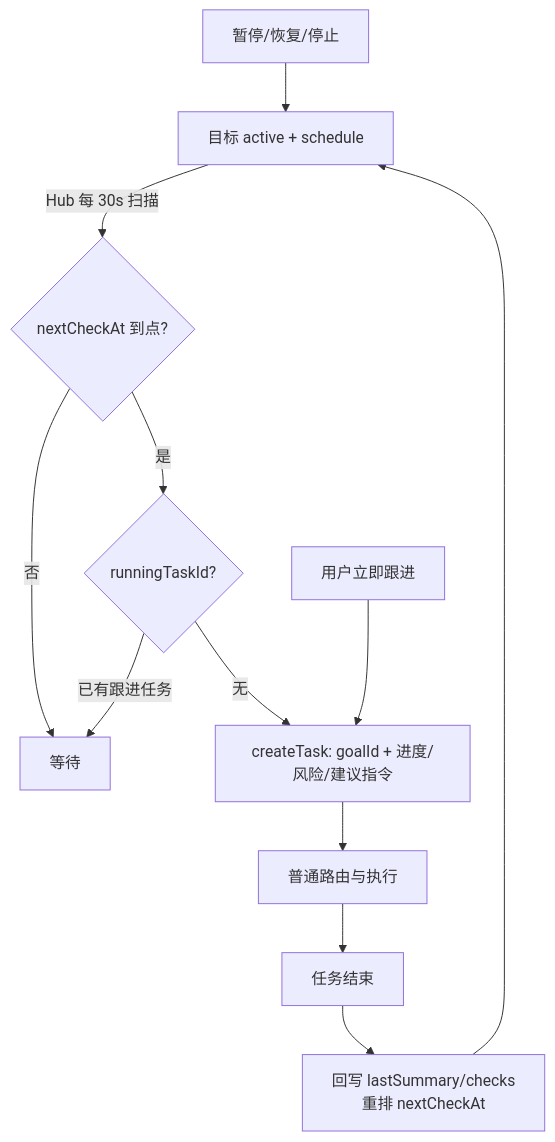
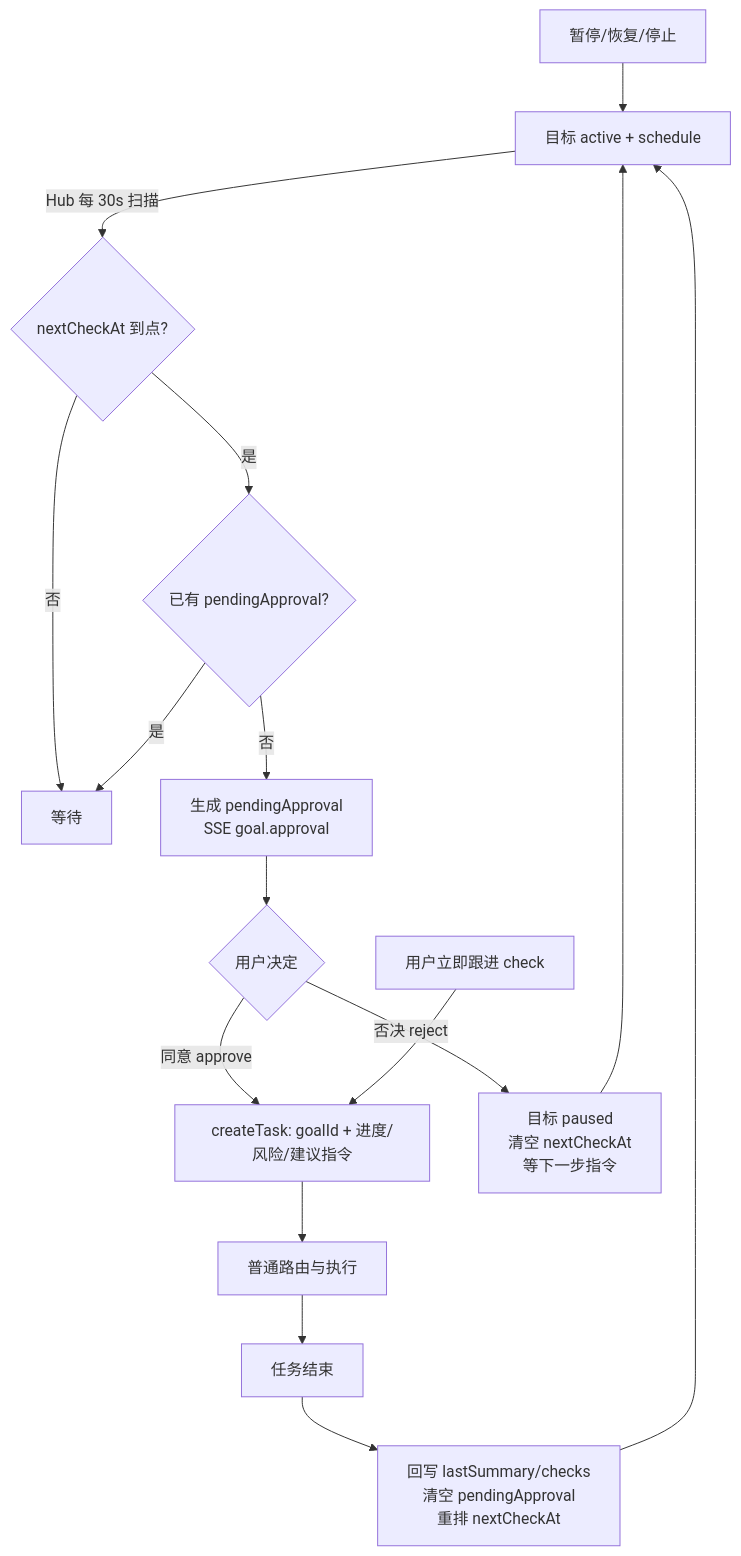
Before and after one commit to andrewngg/dsh-superagent-battlestar: the fourth of 4 diagrams in docs/ARCHITECTURE.md, drawn with Mermaid. The commit also changed other lines of this file and 52 other files, not shown here.

````diff
--- a/docs/ARCHITECTURE.md
+++ b/docs/ARCHITECTURE.md
@@ -138,14 +152,18 @@
 ```mermaid
 flowchart TD
   G[目标 active + schedule] -->|Hub 每 30s 扫描| D{nextCheckAt 到点?}
   D -->|否| W[等待]
-  D -->|是| R{runningTaskId?}
-  R -->|已有跟进任务| W
-  R -->|无| T[createTask: goalId + 进度/风险/建议指令]
+  D -->|是| P{已有 pendingApproval?}
+  P -->|是| W
+  P -->|否| A[生成 pendingApproval<br/>SSE goal.approval]
+  A --> Q{用户决定}
+  Q -->|同意 approve| T[createTask: goalId + 进度/风险/建议指令]
+  Q -->|否决 reject| Z[目标 paused<br/>清空 nextCheckAt<br/>等下一步指令]
+  Z --> G
   T --> H[普通路由与执行]
   H --> F[任务结束]
-  F --> S[回写 lastSummary/checks<br/>重排 nextCheckAt]
+  F --> S[回写 lastSummary/checks<br/>清空 pendingApproval<br/>重排 nextCheckAt]
   S --> G
-  U[用户立即跟进] --> T
+  U[用户立即跟进 check] --> T
   U2[暂停/恢复/停止] --> G
 ```
````
